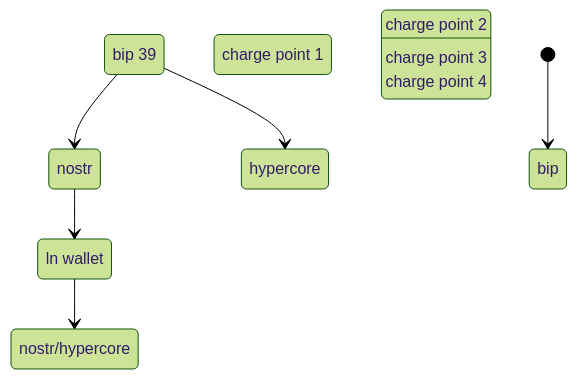
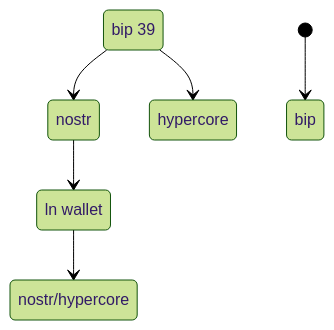
Before and after one commit to AreaLayer/FireBolt: the diagram in README.md, drawn with Mermaid (forest theme).

````diff
--- a/README.md
+++ b/README.md
@@ -43,18 +43,13 @@
 ```mermaid
 stateDiagram
-    evse1: charge point 1
-    evse2: charge point 2
-    evse2: charge point 3
-    evse2: charge point 4
-
     wallet: ln wallet
     hypercore: hypercore
     bip 39: bip 39
     nostr: nostr
 
     [*] --> bip 39
     bip 39 --> nostr
     bip 39 --> hypercore
     nostr --> wallet
     wallet --> nostr/hypercore
 ```
````
